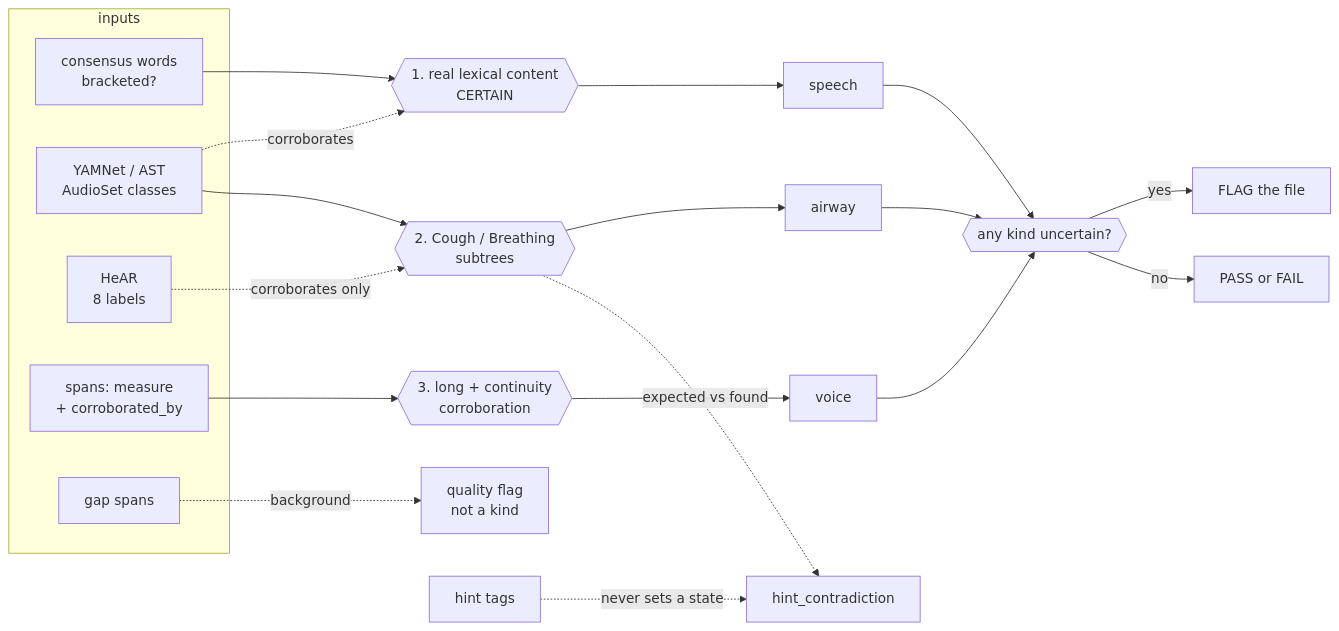
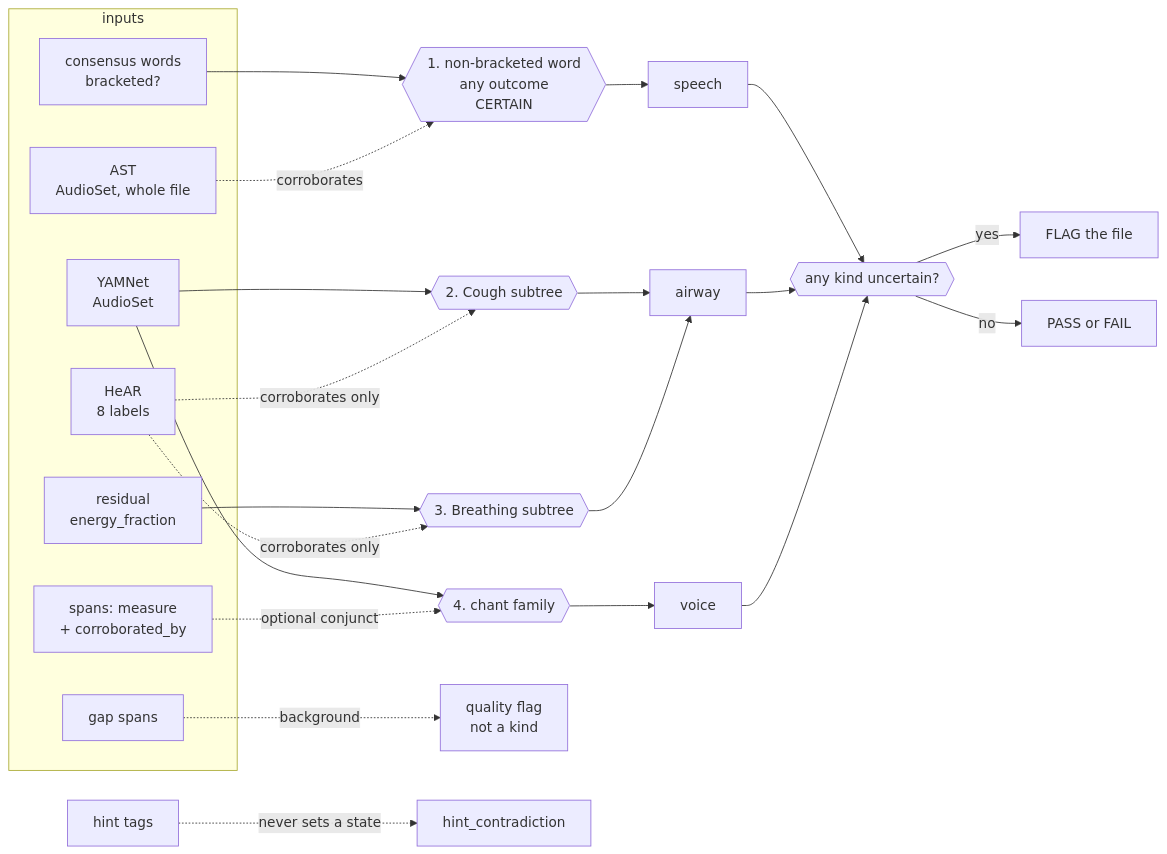
Before and after one commit to sensein/senselab: the second of 2 diagrams in specs/20260817-triage-workflow-dag/dag.md, drawn with Mermaid. The commit also changed other lines of this file and 12 other files, not shown here.

````diff
--- a/specs/20260817-triage-workflow-dag/dag.md
+++ b/specs/20260817-triage-workflow-dag/dag.md
@@ -497,26 +587,31 @@
 ```mermaid
 graph LR
   subgraph inputs
     ASR["consensus words<br/>bracketed?"]
-    YAM["YAMNet / AST<br/>AudioSet classes"]
+    AST["AST<br/>AudioSet, whole file"]
+    YAM["YAMNet<br/>AudioSet"]
     HEAR["HeAR<br/>8 labels"]
+    RES["residual<br/>energy_fraction"]
     SPN["spans: measure<br/>+ corroborated_by"]
     GAP["gap spans"]
   end
-  ASR --> P1{{"1. real lexical content<br/>CERTAIN"}}
-  YAM -.corroborates.-> P1
-  YAM --> P2{{"2. Cough / Breathing<br/>subtrees"}}
+  ASR --> P1{{"1. non-bracketed word<br/>any outcome<br/>CERTAIN"}}
+  AST -.corroborates.-> P1
+  YAM --> P2{{"2. Cough subtree"}}
+  RES --> P3{{"3. Breathing subtree"}}
   HEAR -.corroborates only.-> P2
-  SPN --> P3{{"3. long + continuity<br/>corroboration"}}
+  HEAR -.corroborates only.-> P3
+  YAM --> P4{{"4. chant family"}}
+  SPN -.optional conjunct.-> P4
   P1 --> SPE["speech"]
   P2 --> AIR["airway"]
-  P3 --> VOI["voice"]
+  P3 --> AIR
+  P4 --> VOI["voice"]
   SPE --> FOLD{{"any kind uncertain?"}}
   AIR --> FOLD
   VOI --> FOLD
   FOLD -->|yes| FLAG["FLAG the file"]
   FOLD -->|no| DEC["PASS or FAIL"]
   GAP -.background.-> QF["quality flag<br/>not a kind"]
   HINT["hint tags"] -.never sets a state.-> HC["hint_contradiction"]
-  P2 -.expected vs found.-> HC
 ```
````
